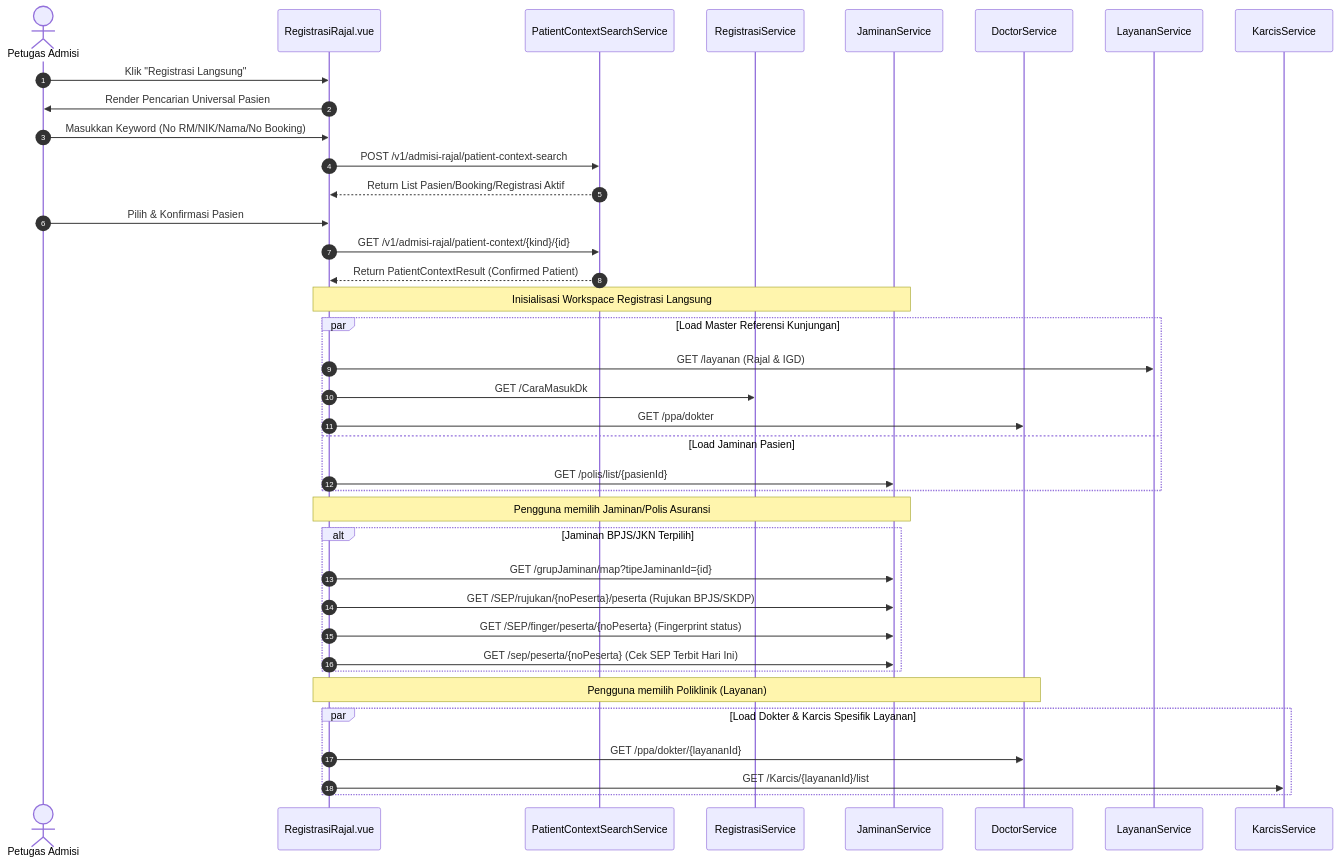
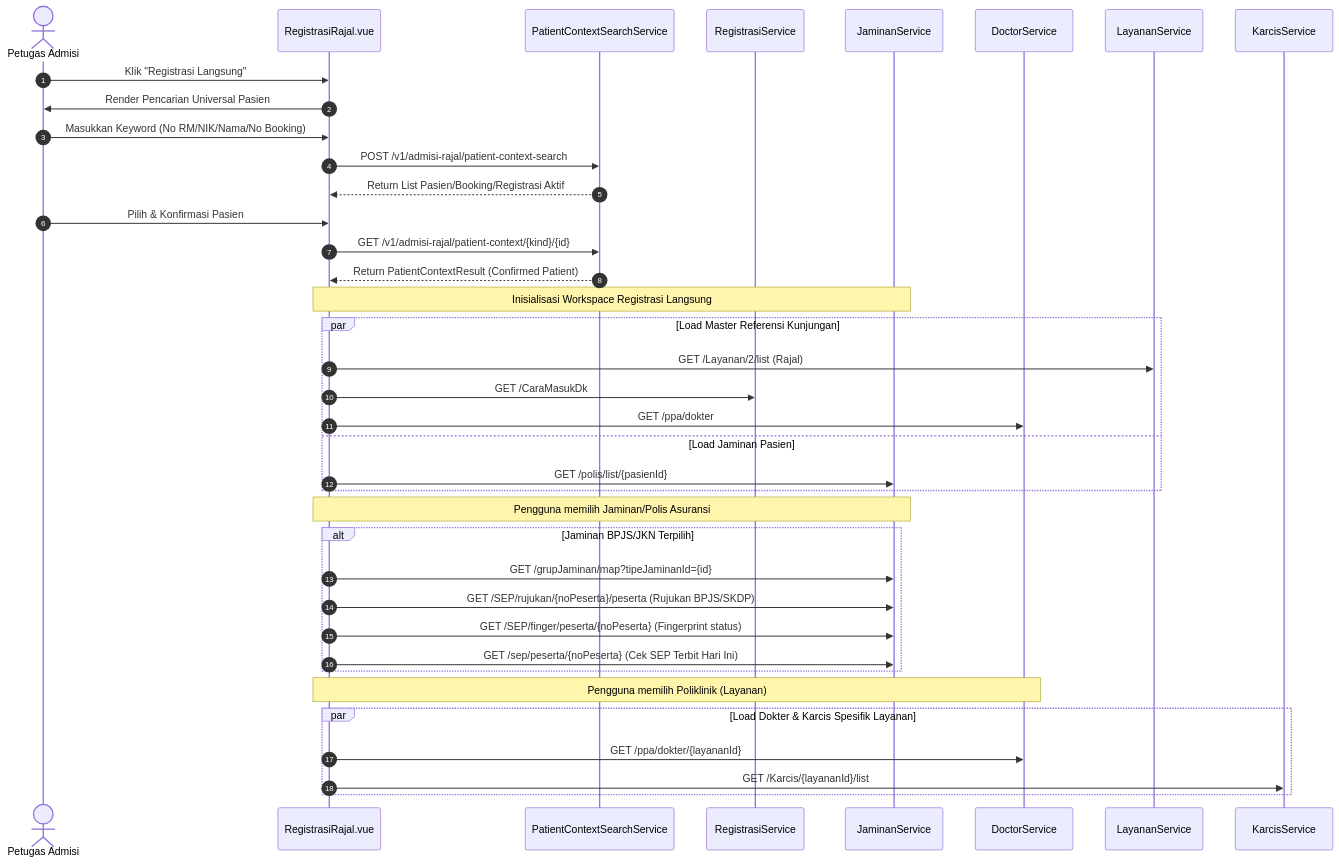
One commit to smart-ics/c013-kiosk-queue-display-web changed the diagram in docs/architecture/registrasi-langsung.md. Above: the diagram before and after it, drawn with Mermaid. The commit also changed other lines of this file and 3 other files, not shown here.

Commit message:
feat(api-client): refactor listPoli and listJadwal endpoints to use /Layanan/2/list and /PraktekDokter/dokter

````diff
--- a/docs/architecture/registrasi-langsung.md
+++ b/docs/architecture/registrasi-langsung.md
@@ -24,44 +24,44 @@
 ```mermaid
 sequenceDiagram
     autonumber
     actor Officer as Petugas Admisi
     participant UI as RegistrasiRajal.vue
     participant Search as PatientContextSearchService
     participant RegSvc as RegistrasiService
     participant JamSvc as JaminanService
     participant DocSvc as DoctorService
     participant LaySvc as LayananService
     participant KarSvc as KarcisService
 
     Officer->>UI: Klik "Registrasi Langsung"
     UI->>Officer: Render Pencarian Universal Pasien
     Officer->>UI: Masukkan Keyword (No RM/NIK/Nama/No Booking)
     UI->>Search: POST /v1/admisi-rajal/patient-context-search
     Search-->>UI: Return List Pasien/Booking/Registrasi Aktif
     Officer->>UI: Pilih & Konfirmasi Pasien
     UI->>Search: GET /v1/admisi-rajal/patient-context/{kind}/{id}
     Search-->>UI: Return PatientContextResult (Confirmed Patient)
 
     Note over UI, JamSvc: Inisialisasi Workspace Registrasi Langsung
     par Load Master Referensi Kunjungan
-        UI->>LaySvc: GET /layanan (Rajal & IGD)
+        UI->>LaySvc: GET /Layanan/2/list (Rajal)
         UI->>RegSvc: GET /CaraMasukDk
         UI->>DocSvc: GET /ppa/dokter
     and Load Jaminan Pasien
         UI->>JamSvc: GET /polis/list/{pasienId}
     end
 
     Note over UI, JamSvc: Pengguna memilih Jaminan/Polis Asuransi
     alt Jaminan BPJS/JKN Terpilih
         UI->>JamSvc: GET /grupJaminan/map?tipeJaminanId={id}
         UI->>JamSvc: GET /SEP/rujukan/{noPeserta}/peserta (Rujukan BPJS/SKDP)
         UI->>JamSvc: GET /SEP/finger/peserta/{noPeserta} (Fingerprint status)
         UI->>JamSvc: GET /sep/peserta/{noPeserta} (Cek SEP Terbit Hari Ini)
     end
 
     Note over UI, DocSvc: Pengguna memilih Poliklinik (Layanan)
     par Load Dokter & Karcis Spesifik Layanan
         UI->>DocSvc: GET /ppa/dokter/{layananId}
         UI->>KarSvc: GET /Karcis/{layananId}/list
     end
 ```
````
